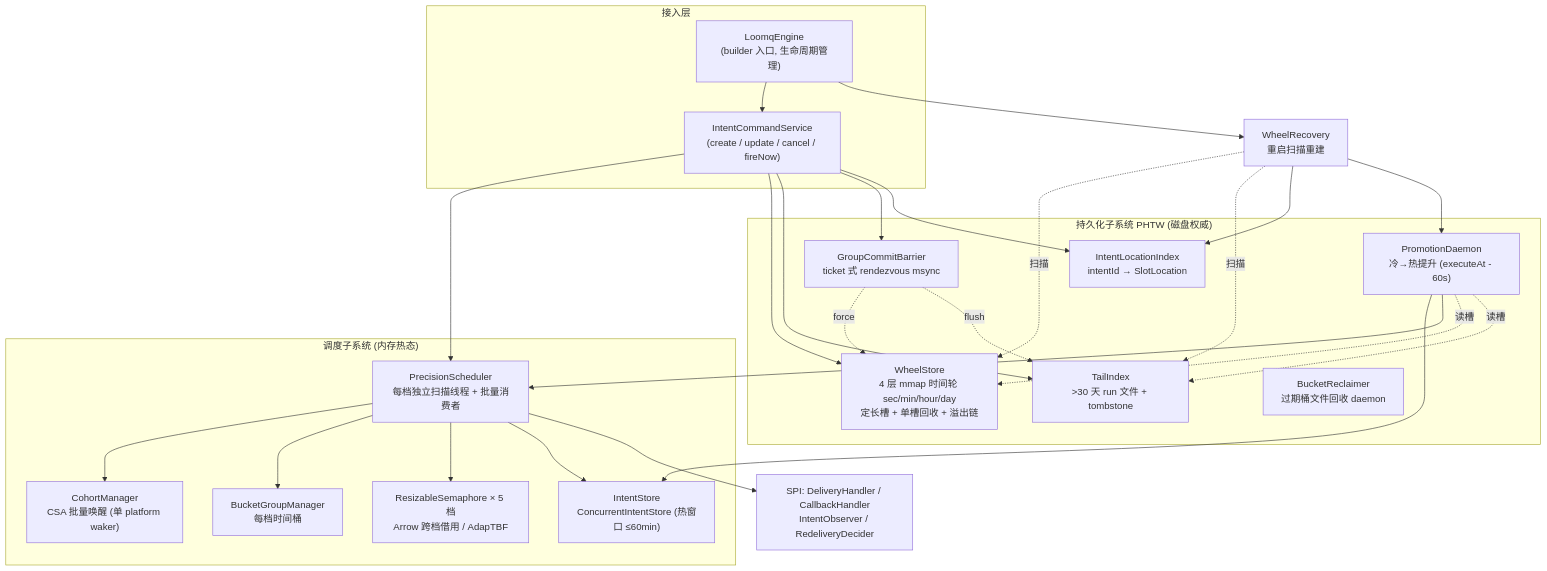
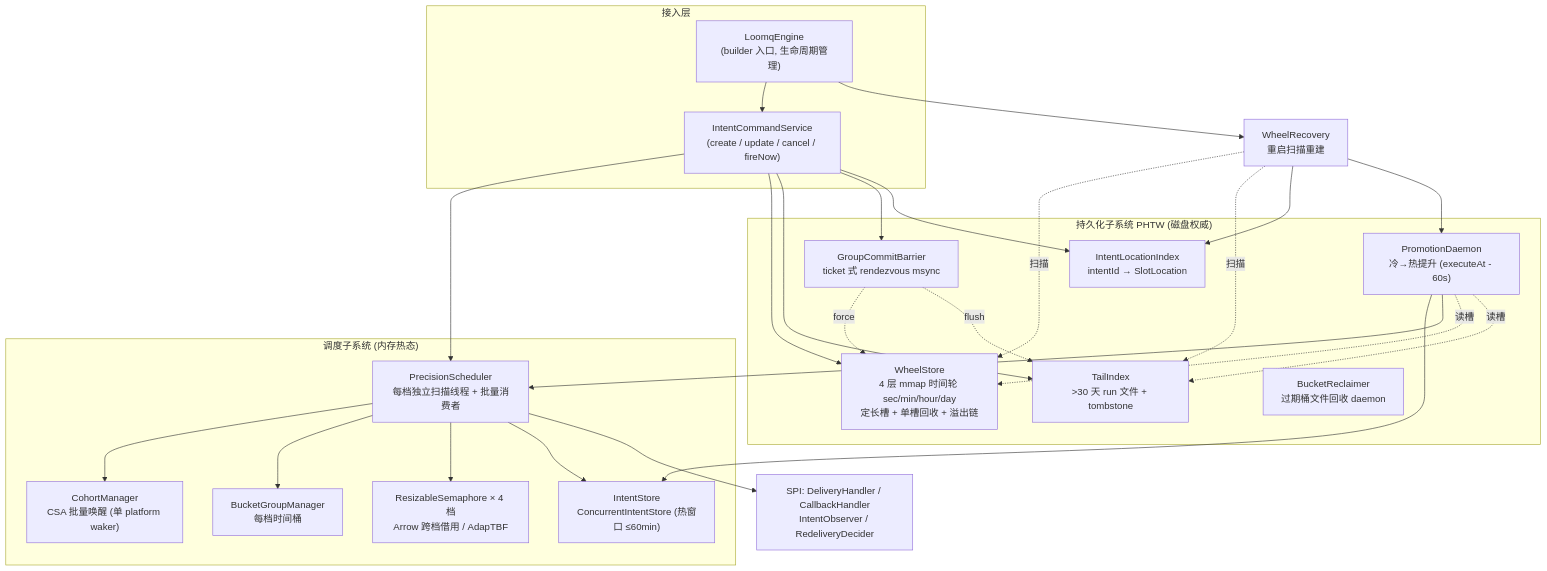
Before and after one commit to loomq/loomq: the first of 2 diagrams in docs/development/ARCHITECTURE.md, drawn with Mermaid. The commit also changed other lines of this file and 9 other files, not shown here.

````diff
--- a/docs/development/ARCHITECTURE.md
+++ b/docs/development/ARCHITECTURE.md
@@ -25,50 +25,50 @@
 ```mermaid
 flowchart TB
     subgraph Entry["接入层"]
         Engine["LoomqEngine<br/>(builder 入口, 生命周期管理)"]
         Cmd["IntentCommandService<br/>(create / update / cancel / fireNow)"]
     end
 
     subgraph Sched["调度子系统 (内存热态)"]
         PS["PrecisionScheduler<br/>每档独立扫描线程 + 批量消费者"]
         Cohort["CohortManager<br/>CSA 批量唤醒 (单 platform waker)"]
         BGM["BucketGroupManager<br/>每档时间桶"]
-        Sem["ResizableSemaphore × 5 档<br/>Arrow 跨档借用 / AdapTBF"]
+        Sem["ResizableSemaphore × 4 档<br/>Arrow 跨档借用 / AdapTBF"]
         Store["IntentStore<br/>ConcurrentIntentStore (热窗口 ≤60min)"]
     end
 
     subgraph PHTW["持久化子系统 PHTW (磁盘权威)"]
         Wheel["WheelStore<br/>4 层 mmap 时间轮 sec/min/hour/day<br/>定长槽 + 单槽回收 + 溢出链"]
         Tail["TailIndex<br/>>30 天 run 文件 + tombstone"]
         GCB["GroupCommitBarrier<br/>ticket 式 rendezvous msync"]
         Idx["IntentLocationIndex<br/>intentId → SlotLocation"]
         PD["PromotionDaemon<br/>冷→热提升 (executeAt - 60s)"]
         BR["BucketReclaimer<br/>过期桶文件回收 daemon"]
     end
 
     Recovery["WheelRecovery<br/>重启扫描重建"]
     SPI["SPI: DeliveryHandler / CallbackHandler<br/>IntentObserver / RedeliveryDecider"]
 
     Engine --> Cmd
     Engine --> Recovery
     Cmd --> PS
     Cmd --> Wheel
     Cmd --> Tail
     Cmd --> GCB
     Cmd --> Idx
     PS --> Cohort
     PS --> BGM
     PS --> Sem
     PS --> Store
     PS --> SPI
     PD --> Store
     PD --> PS
     PD -.读槽.-> Wheel
     PD -.读槽.-> Tail
     GCB -.force.-> Wheel
     GCB -.flush.-> Tail
     Recovery -.扫描.-> Wheel
     Recovery -.扫描.-> Tail
     Recovery --> Idx
     Recovery --> PD
 ```
````
